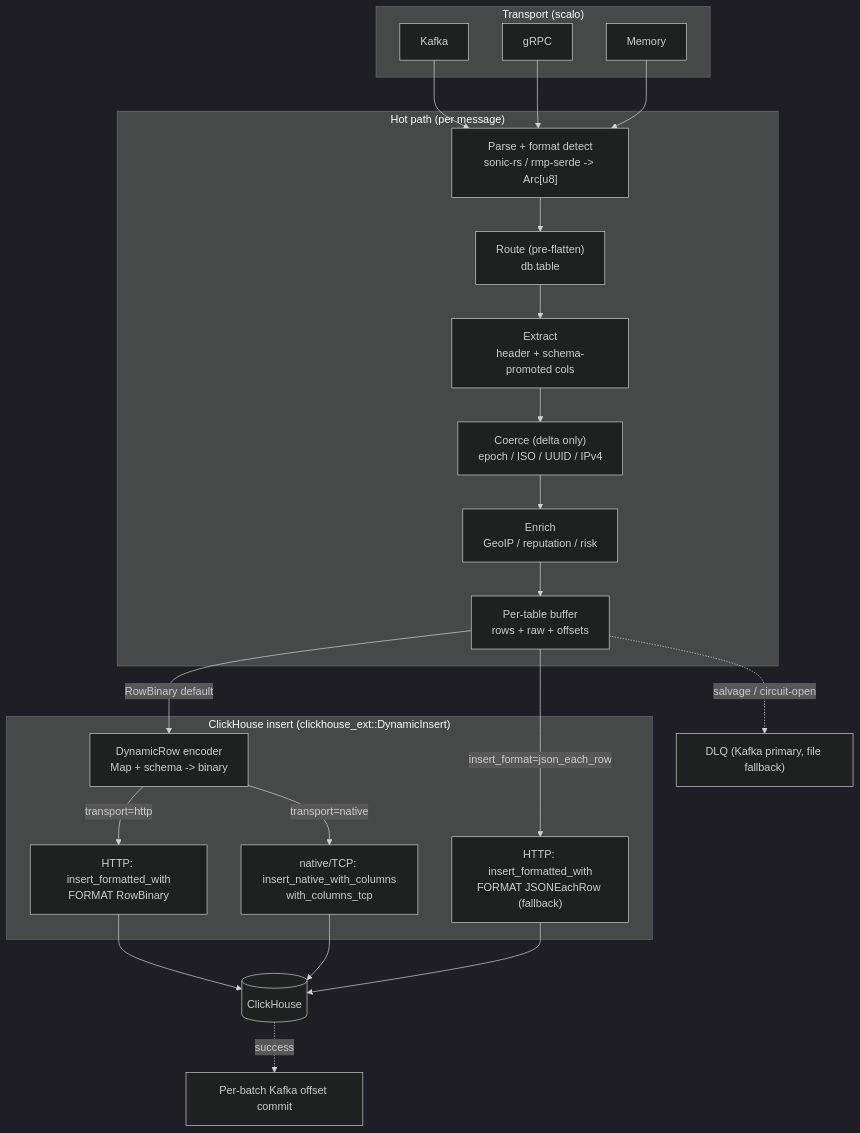
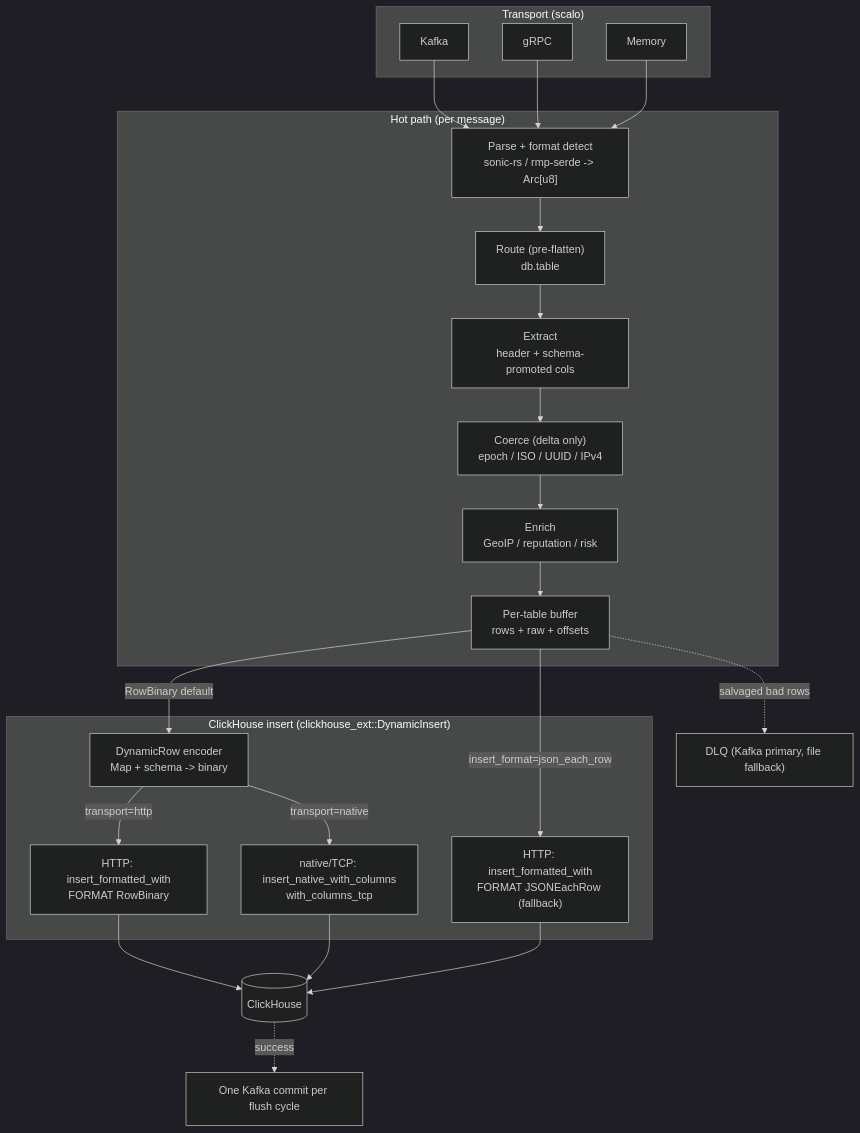
Before and after one commit to hyperi-io/dfe-loader: the diagram in docs/README.md, drawn with Mermaid (dark theme). The commit also changed other lines of this file and 15 other files, not shown here.

First line of the commit message:
fix: remove dead breaker, evict dropped schemas (#210)

````diff
--- a/docs/README.md
+++ b/docs/README.md
@@ -42,35 +42,35 @@
 ```mermaid
 flowchart TB
     subgraph Ingress["Transport (scalo)"]
         K["Kafka"]
         G["gRPC"]
         M["Memory"]
     end
 
     subgraph Hot["Hot path (per message)"]
         P["Parse + format detect<br/>sonic-rs / rmp-serde -> Arc[u8]"]
         R["Route (pre-flatten)<br/>db.table"]
         X["Extract<br/>header + schema-promoted cols"]
         C["Coerce (delta only)<br/>epoch / ISO / UUID / IPv4"]
         E["Enrich<br/>GeoIP / reputation / risk"]
         B["Per-table buffer<br/>rows + raw + offsets"]
     end
 
     subgraph Sink["ClickHouse insert (clickhouse_ext::DynamicInsert)"]
         CE["DynamicRow encoder<br/>Map + schema -> binary"]
         HTTP["HTTP: insert_formatted_with<br/>FORMAT RowBinary"]
         TCP["native/TCP: insert_native_with_columns<br/>with_columns_tcp"]
         JF["HTTP: insert_formatted_with<br/>FORMAT JSONEachRow (fallback)"]
     end
 
     CH[("ClickHouse")]
     DLQ["DLQ (Kafka primary, file fallback)"]
 
     K & G & M --> P --> R --> X --> C --> E --> B
     B -->|RowBinary default| CE
     CE -->|transport=http| HTTP --> CH
     CE -->|transport=native| TCP --> CH
     B -->|insert_format=json_each_row| JF --> CH
-    B -.salvage / circuit-open.-> DLQ
-    CH -.success.-> Commit["Per-batch Kafka offset commit"]
+    B -.salvaged bad rows.-> DLQ
+    CH -.success.-> Commit["One Kafka commit per flush cycle"]
 ```
````
